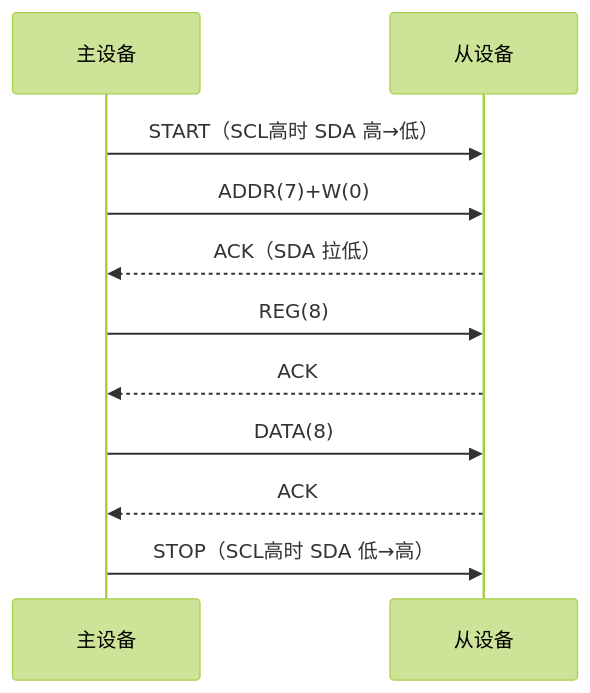
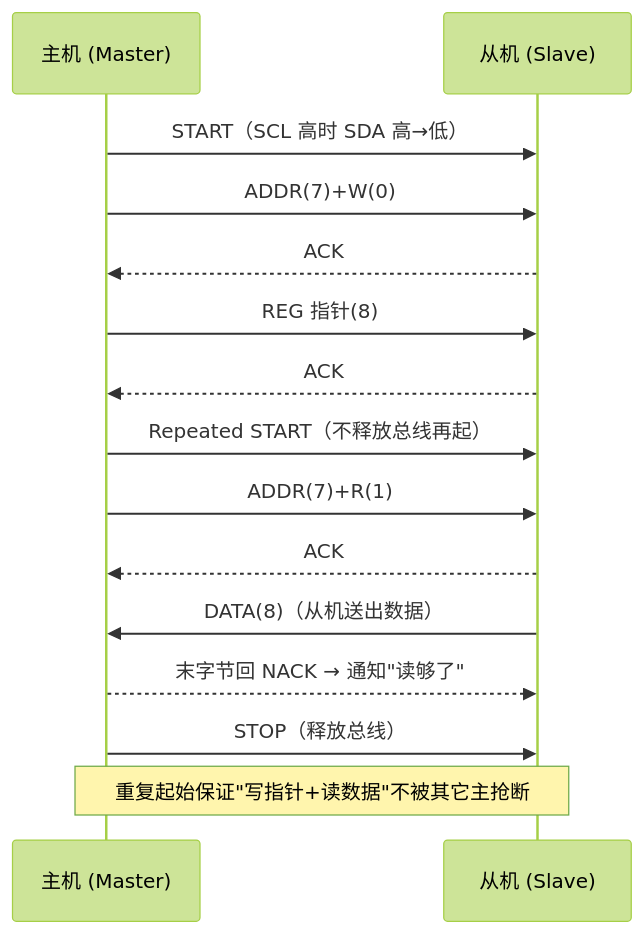
One commit to 1208826038/embedded-skill-notes changed the fourth of 11 diagrams in articles/p04-i2c-smbus.md. Above: the diagram before and after it, drawn with Mermaid (forest theme). The commit also changed other lines of this file, not shown here.

````diff
--- a/articles/p04-i2c-smbus.md
+++ b/articles/p04-i2c-smbus.md
@@ -62,13 +250,17 @@
 ```mermaid
 sequenceDiagram
-    participant M as 主设备
-    participant S as 从设备
-    M->>S: START（SCL高时 SDA 高→低）
+    participant M as 主机 (Master)
+    participant S as 从机 (Slave)
+    M->>S: START（SCL 高时 SDA 高→低）
     M->>S: ADDR(7)+W(0)
-    S-->>M: ACK（SDA 拉低）
-    M->>S: REG(8)
     S-->>M: ACK
-    M->>S: DATA(8)
+    M->>S: REG 指针(8)
     S-->>M: ACK
-    M->>S: STOP（SCL高时 SDA 低→高）
+    M->>S: Repeated START（不释放总线再起）
+    M->>S: ADDR(7)+R(1)
+    S-->>M: ACK
+    S->>M: DATA(8)（从机送出数据）
+    M-->>S: 末字节回 NACK → 通知"读够了"
+    M->>S: STOP（释放总线）
+    Note over M,S: 重复起始保证"写指针+读数据"不被其它主抢断
 ```
````
